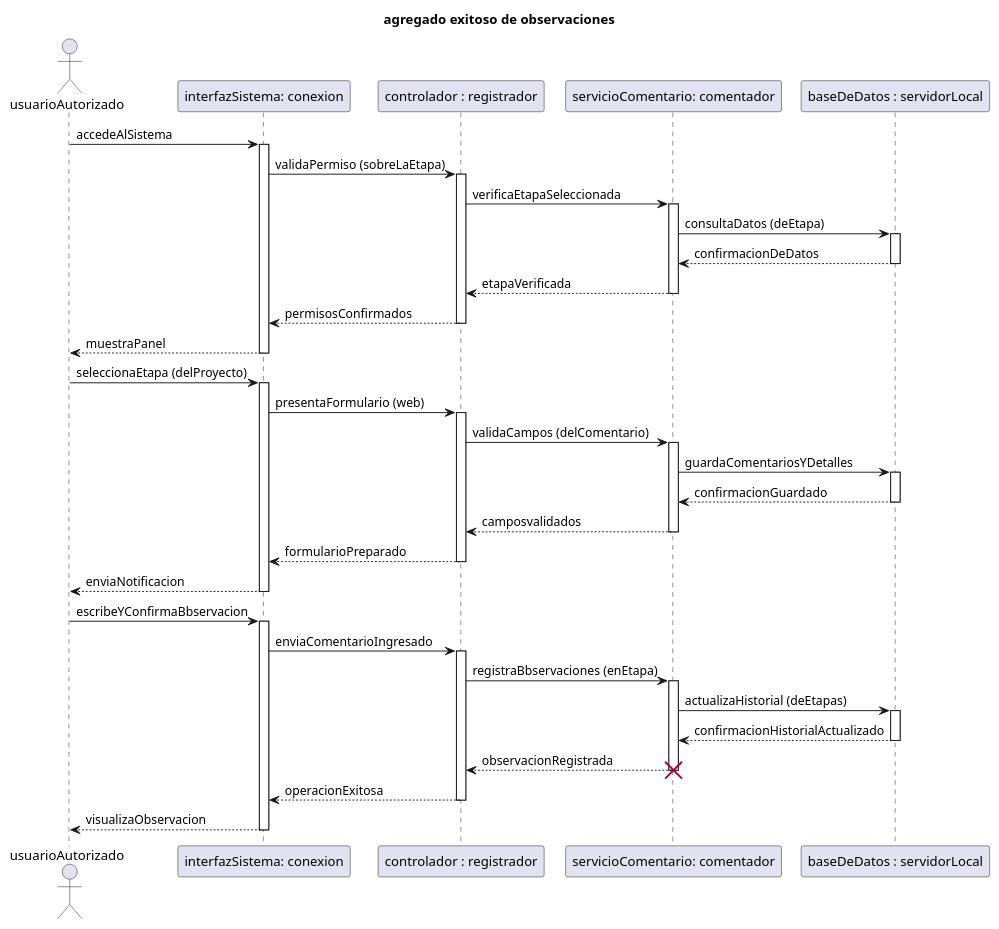
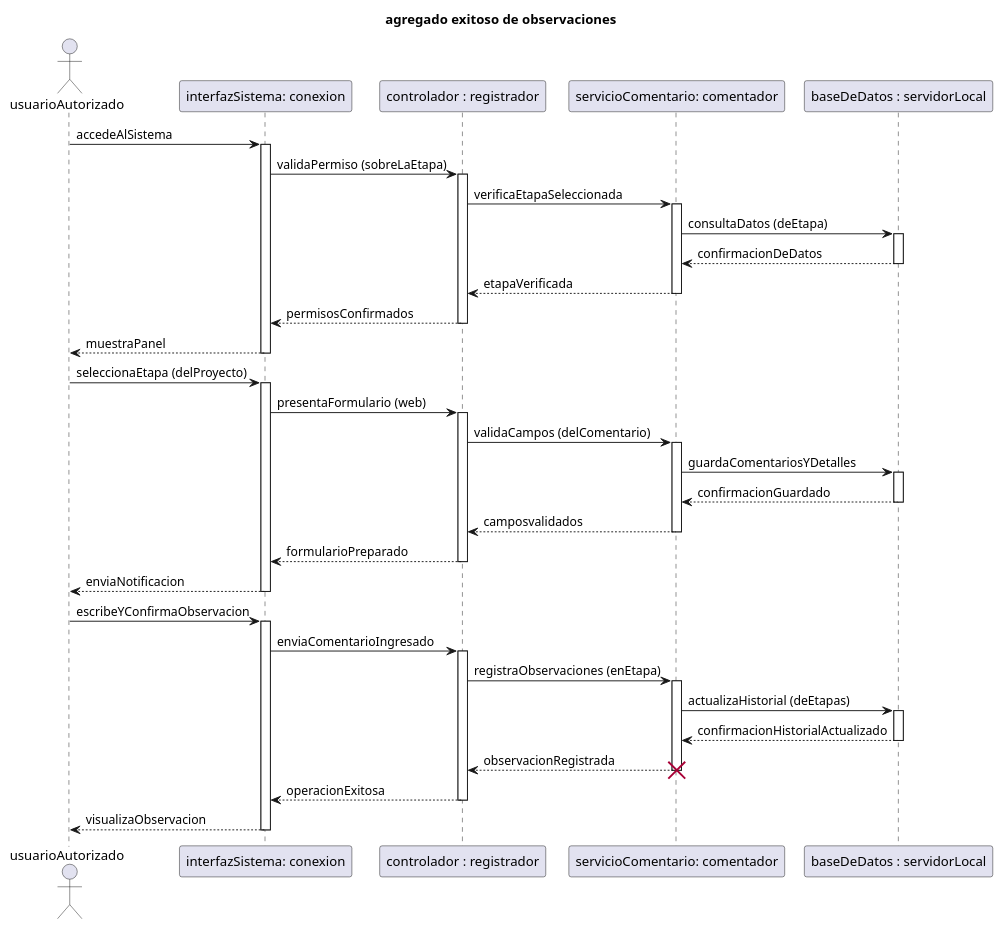
Before and after one commit to 9919-Mili/SistemaProductoraVideos: the diagram in diagramas/05-diagramas-secuencia/05-secuencia-agregar-observaciones-agregado-exitoso-de-observaciones-03.puml, drawn with PlantUML. The commit also changed 5 other files, not shown here.

```diff
--- a/diagramas/05-diagramas-secuencia/05-secuencia-agregar-observaciones-agregado-exitoso-de-observaciones-03.puml
+++ b/diagramas/05-diagramas-secuencia/05-secuencia-agregar-observaciones-agregado-exitoso-de-observaciones-03.puml
@@ -1,63 +1,63 @@
 @startuml 
 title agregado exitoso de observaciones 
 
 actor usuarioAutorizado
 participant "interfazSistema: conexion" as interfazSistema
 participant "controlador : registrador" as controlador
 participant "servicioComentario: comentador" as servicioComentario
 participant "baseDeDatos : servidorLocal" as baseDeDatos
 
 usuarioAutorizado -> interfazSistema: accedeAlSistema
 activate interfazSistema
 interfazSistema -> controlador: validaPermiso (sobreLaEtapa)
 activate controlador
 controlador -> servicioComentario: verificaEtapaSeleccionada
 activate servicioComentario
 servicioComentario -> baseDeDatos: consultaDatos (deEtapa)
 activate baseDeDatos
 baseDeDatos --> servicioComentario: confirmacionDeDatos
 deactivate baseDeDatos
 servicioComentario --> controlador: etapaVerificada
 deactivate servicioComentario
 controlador --> interfazSistema: permisosConfirmados
 deactivate controlador
 interfazSistema --> usuarioAutorizado: muestraPanel 
 deactivate interfazSistema
 
 usuarioAutorizado -> interfazSistema: seleccionaEtapa (delProyecto)
 activate interfazSistema
 interfazSistema -> controlador: presentaFormulario (web) 
 activate controlador
 controlador -> servicioComentario: validaCampos (delComentario) 
 activate servicioComentario
 servicioComentario -> baseDeDatos: guardaComentariosYDetalles 
 activate baseDeDatos
 baseDeDatos --> servicioComentario: confirmacionGuardado
 deactivate baseDeDatos
 servicioComentario --> controlador: camposvalidados 
 deactivate servicioComentario
 controlador --> interfazSistema: formularioPreparado
 deactivate controlador
 interfazSistema --> usuarioAutorizado: enviaNotificacion 
 deactivate interfazSistema
 
-usuarioAutorizado-> interfazSistema: escribeYConfirmaBbservacion 
+usuarioAutorizado-> interfazSistema: escribeYConfirmaObservacion 
 activate interfazSistema
 interfazSistema -> controlador: enviaComentarioIngresado
 activate controlador
-controlador -> servicioComentario: registraBbservaciones (enEtapa)
+controlador -> servicioComentario: registraObservaciones (enEtapa)
 activate servicioComentario
 servicioComentario -> baseDeDatos: actualizaHistorial (deEtapas) 
 activate baseDeDatos
 baseDeDatos --> servicioComentario: confirmacionHistorialActualizado
 deactivate baseDeDatos 
 servicioComentario --> controlador: observacionRegistrada 
 deactivate servicioComentario
 destroy servicioComentario
 controlador --> interfazSistema: operacionExitosa 
 deactivate controlador
 interfazSistema --> usuarioAutorizado: visualizaObservacion 
 deactivate interfazSistema
 
 
 @enduml
```
